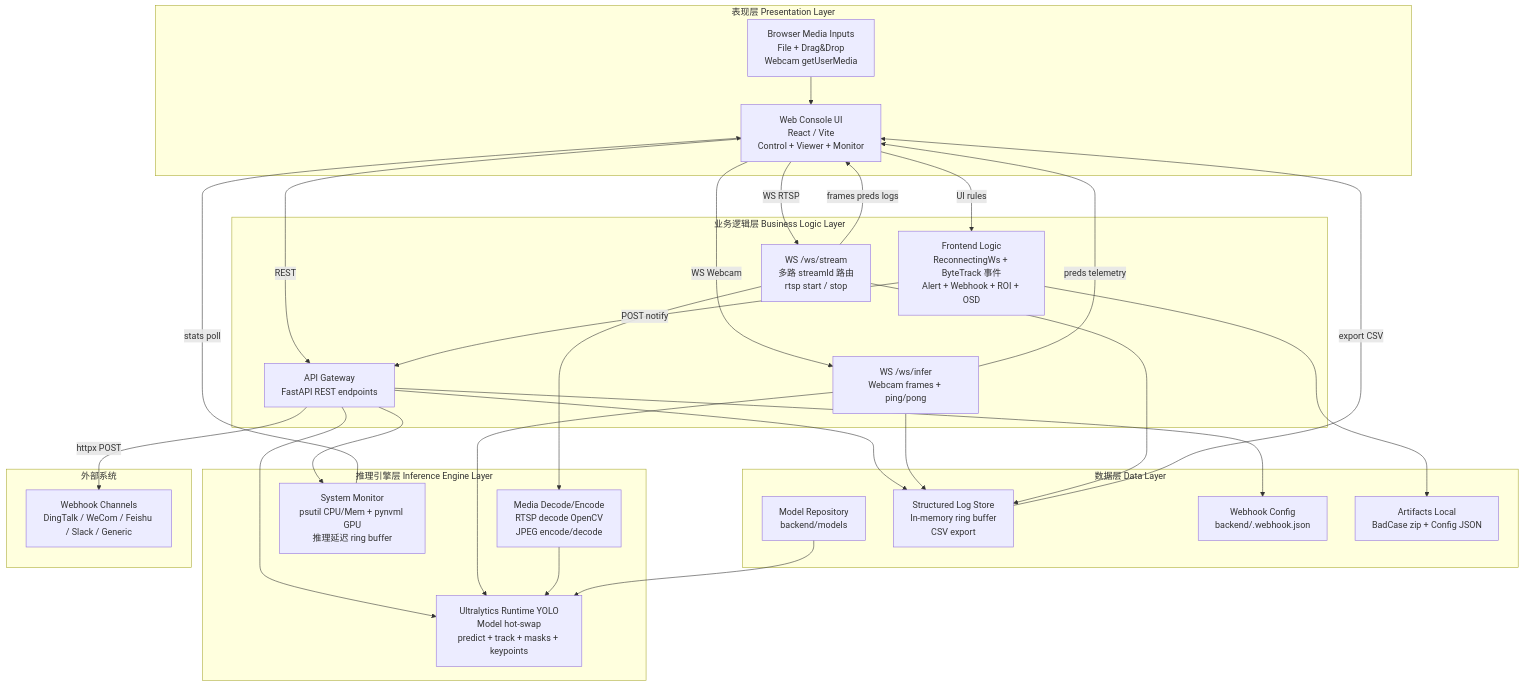
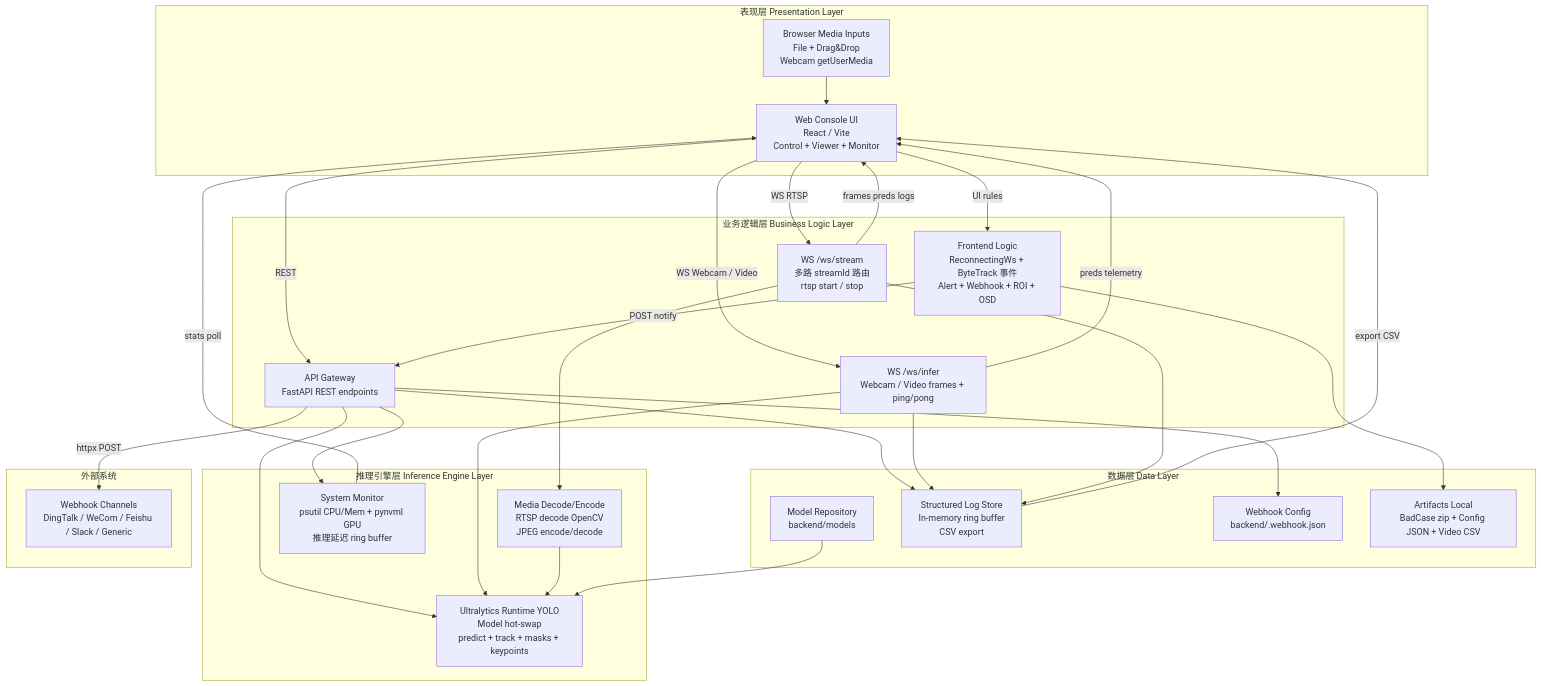
Before and after one commit to WangQvQ/ultraconsole: the diagram in README.md, drawn with Mermaid. The commit also changed other lines of this file and 1 other file, not shown here.

Commit message:
docs: update video analysis and setup guides

````diff
--- a/README.md
+++ b/README.md
@@ -255,59 +300,59 @@
 ```mermaid
 flowchart TB
   subgraph PresentationLayer["表现层 Presentation Layer"]
     UI["Web Console UI<br/>React / Vite<br/>Control + Viewer + Monitor"]
     BrowserMedia["Browser Media Inputs<br/>File + Drag&amp;Drop<br/>Webcam getUserMedia"]
   end
 
   subgraph BusinessLogicLayer["业务逻辑层 Business Logic Layer"]
     ApiGateway["API Gateway<br/>FastAPI REST endpoints"]
-    WsInfer["WS /ws/infer<br/>Webcam frames + ping/pong"]
+    WsInfer["WS /ws/infer<br/>Webcam / Video frames + ping/pong"]
     WsStream["WS /ws/stream<br/>多路 streamId 路由<br/>rtsp start / stop"]
     Rules["Frontend Logic<br/>ReconnectingWs + ByteTrack 事件<br/>Alert + Webhook + ROI + OSD"]
   end
 
   subgraph InferenceEngineLayer["推理引擎层 Inference Engine Layer"]
     ModelRuntime["Ultralytics Runtime YOLO<br/>Model hot-swap<br/>predict + track + masks + keypoints"]
     VideoDecode["Media Decode/Encode<br/>RTSP decode OpenCV<br/>JPEG encode/decode"]
     SysMon["System Monitor<br/>psutil CPU/Mem + pynvml GPU<br/>推理延迟 ring buffer"]
   end
 
   subgraph DataLayer["数据层 Data Layer"]
     ModelRepo["Model Repository<br/>backend/models"]
     LogStore["Structured Log Store<br/>In-memory ring buffer<br/>CSV export"]
     WebhookStore["Webhook Config<br/>backend/.webhook.json"]
-    Artifacts["Artifacts Local<br/>BadCase zip + Config JSON"]
+    Artifacts["Artifacts Local<br/>BadCase zip + Config JSON + Video CSV"]
   end
 
   subgraph External["外部系统"]
     Channels["Webhook Channels<br/>DingTalk / WeCom / Feishu / Slack / Generic"]
   end
 
   BrowserMedia --> UI
 
   UI -->|REST| ApiGateway
-  UI -->|WS Webcam| WsInfer
+  UI -->|WS Webcam / Video| WsInfer
   UI -->|WS RTSP| WsStream
   UI -->|UI rules| Rules
 
   ApiGateway --> ModelRuntime
   WsInfer --> ModelRuntime
   WsStream --> VideoDecode
   VideoDecode --> ModelRuntime
 
   ModelRepo --> ModelRuntime
   ApiGateway --> LogStore
   ApiGateway --> SysMon
   ApiGateway --> WebhookStore
   WsInfer --> LogStore
   WsStream --> LogStore
 
   Rules --> Artifacts
   Rules -->|POST notify| ApiGateway
   ApiGateway -->|httpx POST| Channels
 
   LogStore -->|export CSV| UI
   SysMon -->|stats poll| UI
   WsInfer -->|preds telemetry| UI
   WsStream -->|frames preds logs| UI
 ```
````
